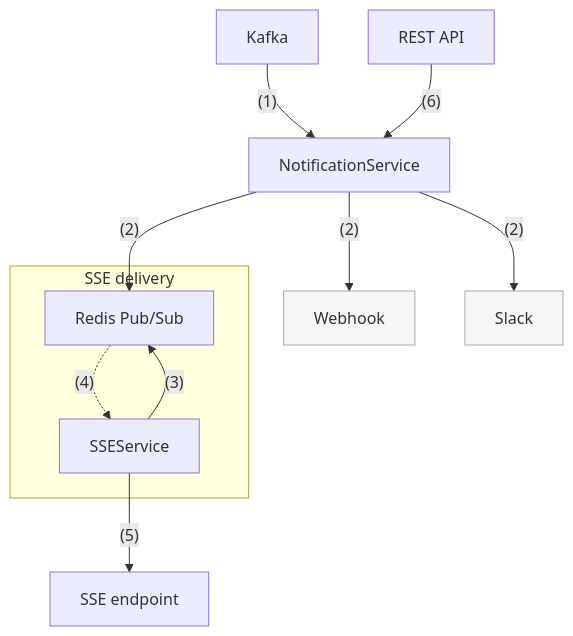
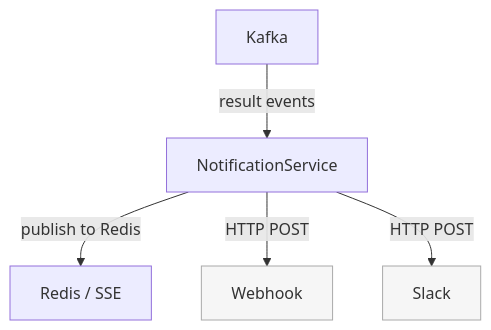
The fourth of 4 diagrams in docs/architecture/overview.md (HardMax71/Integr8sCode), drawn with Mermaid before and after one commit. The commit also changed other lines of this file and 68 other files, not shown here.

````diff
--- a/docs/architecture/overview.md
+++ b/docs/architecture/overview.md
@@ -180,26 +156,11 @@
 ```mermaid
 graph TD
-    Kafka["Kafka"]
-    NotificationSvc["NotificationService"]
+    Kafka["Kafka"] -->|"result events"| NotificationSvc["NotificationService"]
+    NotificationSvc -->|"publish to Redis"| SSE["Redis / SSE"]
+    NotificationSvc -->|"HTTP POST"| Webhook["Webhook"]:::ext
+    NotificationSvc -->|"HTTP POST"| Slack["Slack"]:::ext
 
-    subgraph "SSE delivery"
-        SSESvc["SSEService"]
-        RedisBus["Redis Pub/Sub"]
-    end
-
-    ApiNotifications["REST API"]
-    ApiSSE["SSE endpoint"]
-    Webhook["Webhook"]:::ext
-    Slack["Slack"]:::ext
-
-    Kafka -->|"(1)"| NotificationSvc
-    NotificationSvc -->|"(2)"| RedisBus
-    NotificationSvc -->|"(2)"| Webhook
-    NotificationSvc -->|"(2)"| Slack
-    SSESvc -->|"(3)"| RedisBus
-    RedisBus -.->|"(4)"| SSESvc
-    SSESvc -->|"(5)"| ApiSSE
-    ApiNotifications -->|"(6)"| NotificationSvc
+    click NotificationSvc "../../operations/notification-types/" "Notification routing service"
 
     classDef ext fill:#f6f6f6,stroke:#aaa,color:#333;
 ```
````
